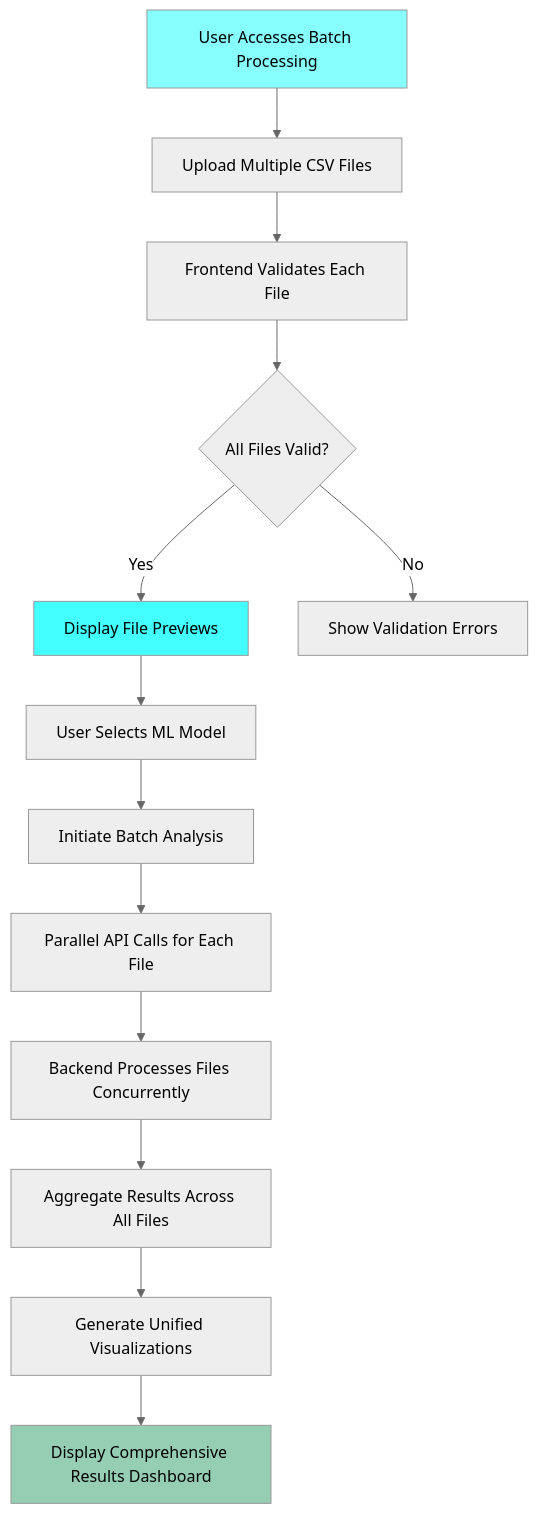
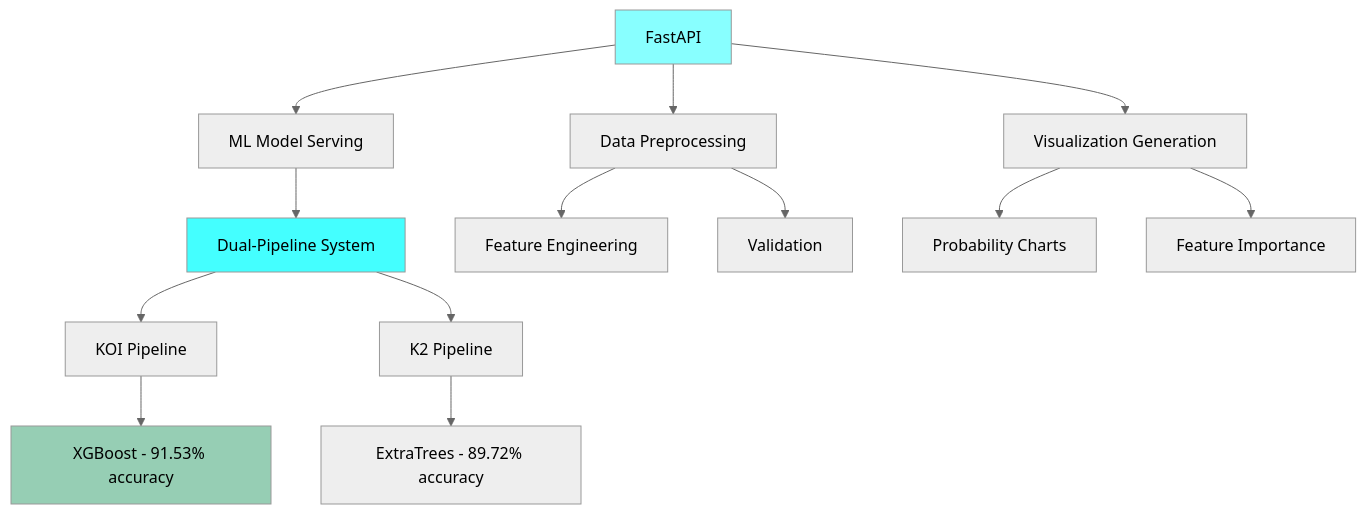
One commit to koffandaff/SpaceX changed the second of 8 diagrams in readme.md. Above: the diagram before and after it, drawn with Mermaid (neutral theme). The commit also changed other lines of this file, not shown here.

````diff
--- a/readme.md
+++ b/readme.md
@@ -208,19 +103,23 @@
 ```mermaid
 graph TB
-    A[User Accesses Batch Processing] --> B[Upload Multiple CSV Files]
-    B --> C[Frontend Validates Each File]
-    C --> D{All Files Valid?}
-    D -->|Yes| E[Display File Previews]
-    D -->|No| F[Show Validation Errors]
-    E --> G[User Selects ML Model]
-    G --> H[Initiate Batch Analysis]
-    H --> I[Parallel API Calls for Each File]
-    I --> J[Backend Processes Files Concurrently]
-    J --> K[Aggregate Results Across All Files]
-    K --> L[Generate Unified Visualizations]
-    L --> M[Display Comprehensive Results Dashboard]
+    A[FastAPI] --> B[ML Model Serving]
+    B --> C[Dual-Pipeline System]
+    
+    C --> D[KOI Pipeline]
+    D --> E[XGBoost - 91.53% accuracy]
+    
+    C --> F[K2 Pipeline]
+    F --> G[ExtraTrees - 89.72% accuracy]
+    
+    A --> H[Data Preprocessing]
+    H --> I[Feature Engineering]
+    H --> J[Validation]
+    
+    A --> K[Visualization Generation]
+    K --> L[Probability Charts]
+    K --> M[Feature Importance]
     
     style A fill:#88ffff,color:#000
-    style E fill:#44ffff,color:#000
-    style M fill:#96ceb4,color:#000
+    style C fill:#44ffff,color:#000
+    style E fill:#96ceb4,color:#000
 ```
````
